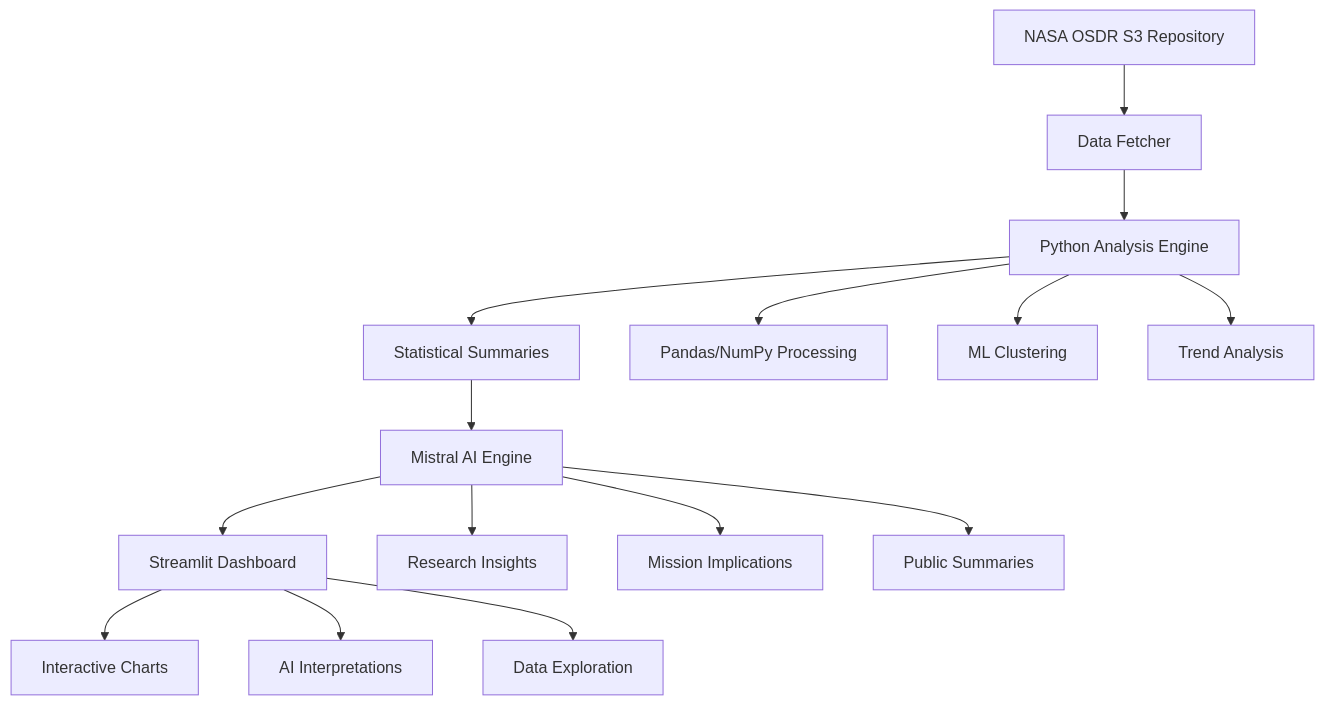
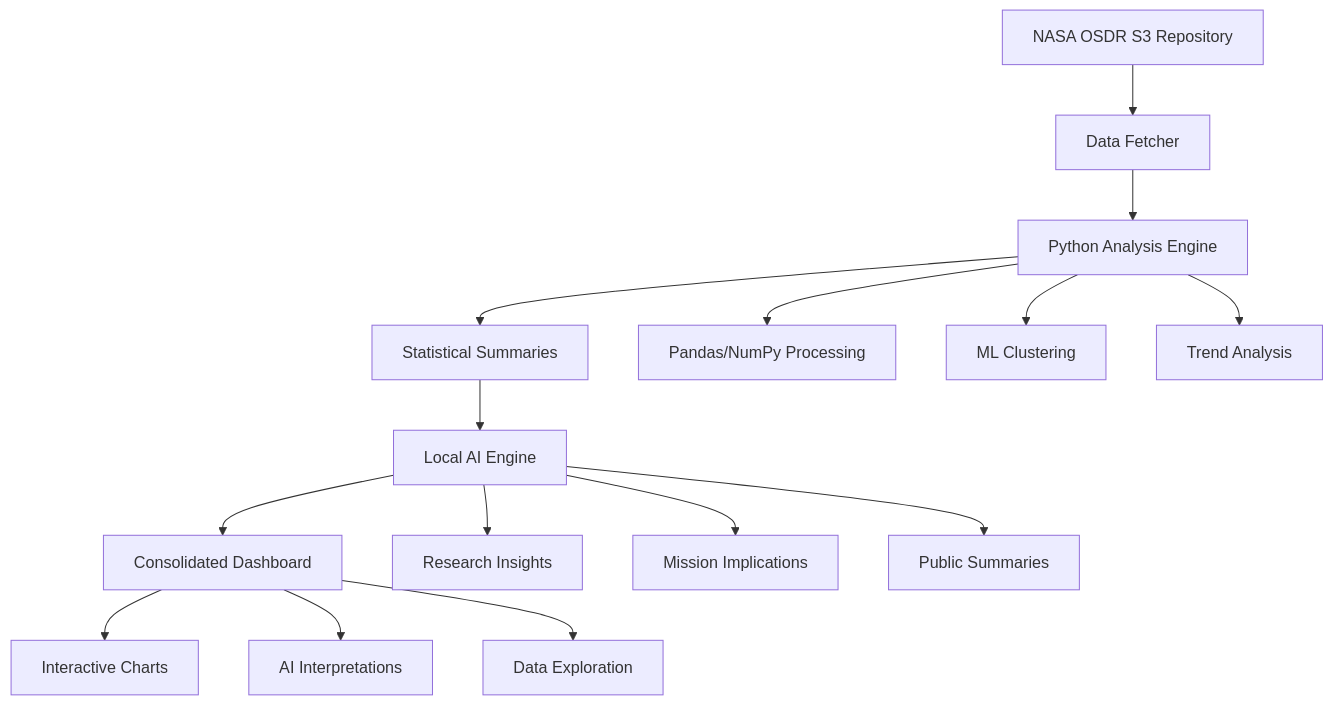
The diagram in data-pipeline/README.md (AirbusA321NX/NASA_2), drawn with Mermaid before and after one commit. The commit also changed other lines of this file and 241 other files, not shown here.

Commit message:
Added Postgre Index Vector Database with Additional Graphs Like PCA , Heatmaps , Time Graph with logo

````diff
--- a/data-pipeline/README.md
+++ b/data-pipeline/README.md
@@ -9,20 +9,20 @@
 ```mermaid
 graph TD
     A[NASA OSDR S3 Repository] --> B[Data Fetcher]
     B --> C[Python Analysis Engine]
     C --> D[Statistical Summaries]
-    D --> E[Mistral AI Engine]
-    E --> F[Streamlit Dashboard]
+    D --> E[Local AI Engine]
+    E --> F[Consolidated Dashboard]
     
     C --> G[Pandas/NumPy Processing]
     C --> H[ML Clustering]
     C --> I[Trend Analysis]
     
     E --> J[Research Insights]
     E --> K[Mission Implications]
     E --> L[Public Summaries]
     
     F --> M[Interactive Charts]
     F --> N[AI Interpretations]
     F --> O[Data Exploration]
 ```
````
